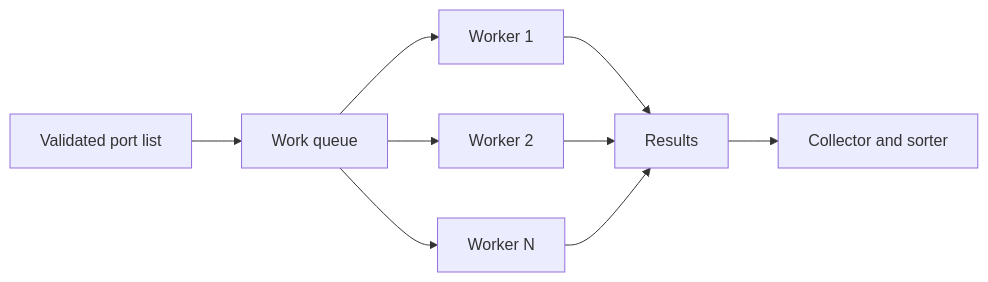
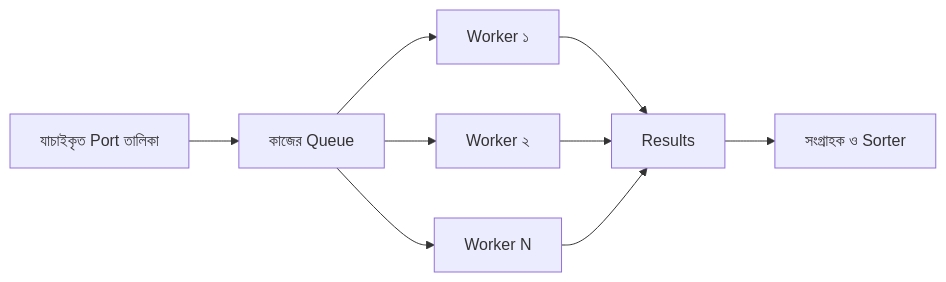
The fourth of 5 diagrams in chapters/03-whos-listening/README.md (shomi-khan/red-blue-lab), drawn with Mermaid before and after one commit. The commit also changed other lines of this file, not shown here.

````diff
--- a/chapters/03-whos-listening/README.md
+++ b/chapters/03-whos-listening/README.md
@@ -215,11 +215,11 @@
 ```mermaid
 flowchart LR
-    P["Validated port list"] --> Q["Work queue"]
-    Q --> W1["Worker 1"]
-    Q --> W2["Worker 2"]
+    P["যাচাইকৃত Port তালিকা"] --> Q["কাজের Queue"]
+    Q --> W1["Worker ১"]
+    Q --> W2["Worker ২"]
     Q --> WN["Worker N"]
     W1 --> R["Results"]
     W2 --> R
     WN --> R
-    R --> C["Collector and sorter"]
+    R --> C["সংগ্রাহক ও Sorter"]
 ```
````
